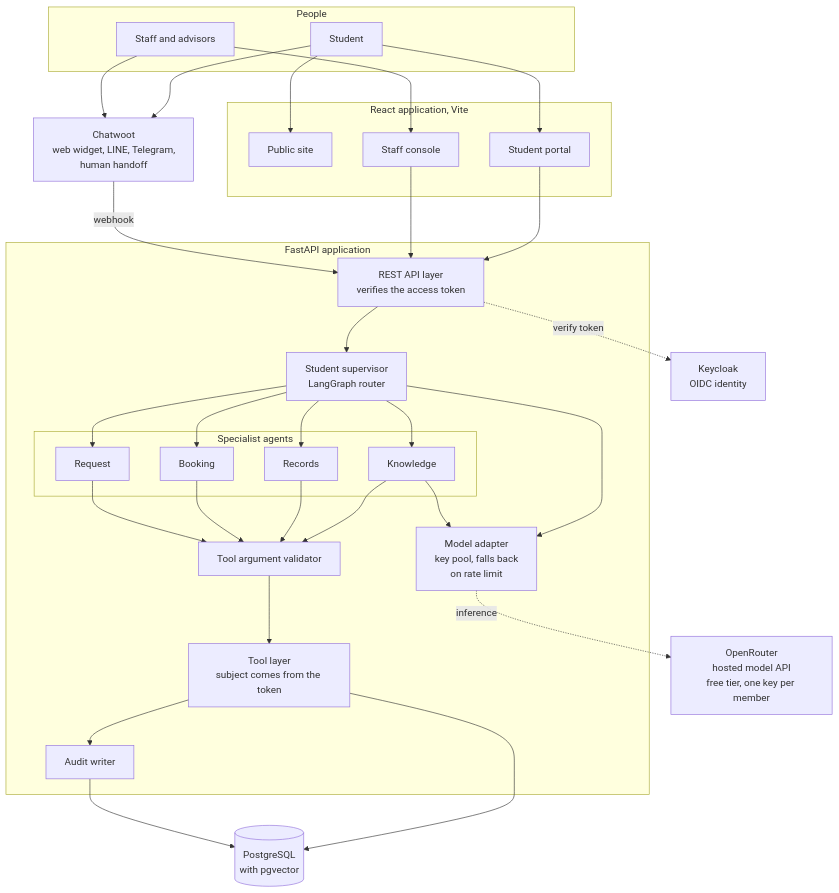
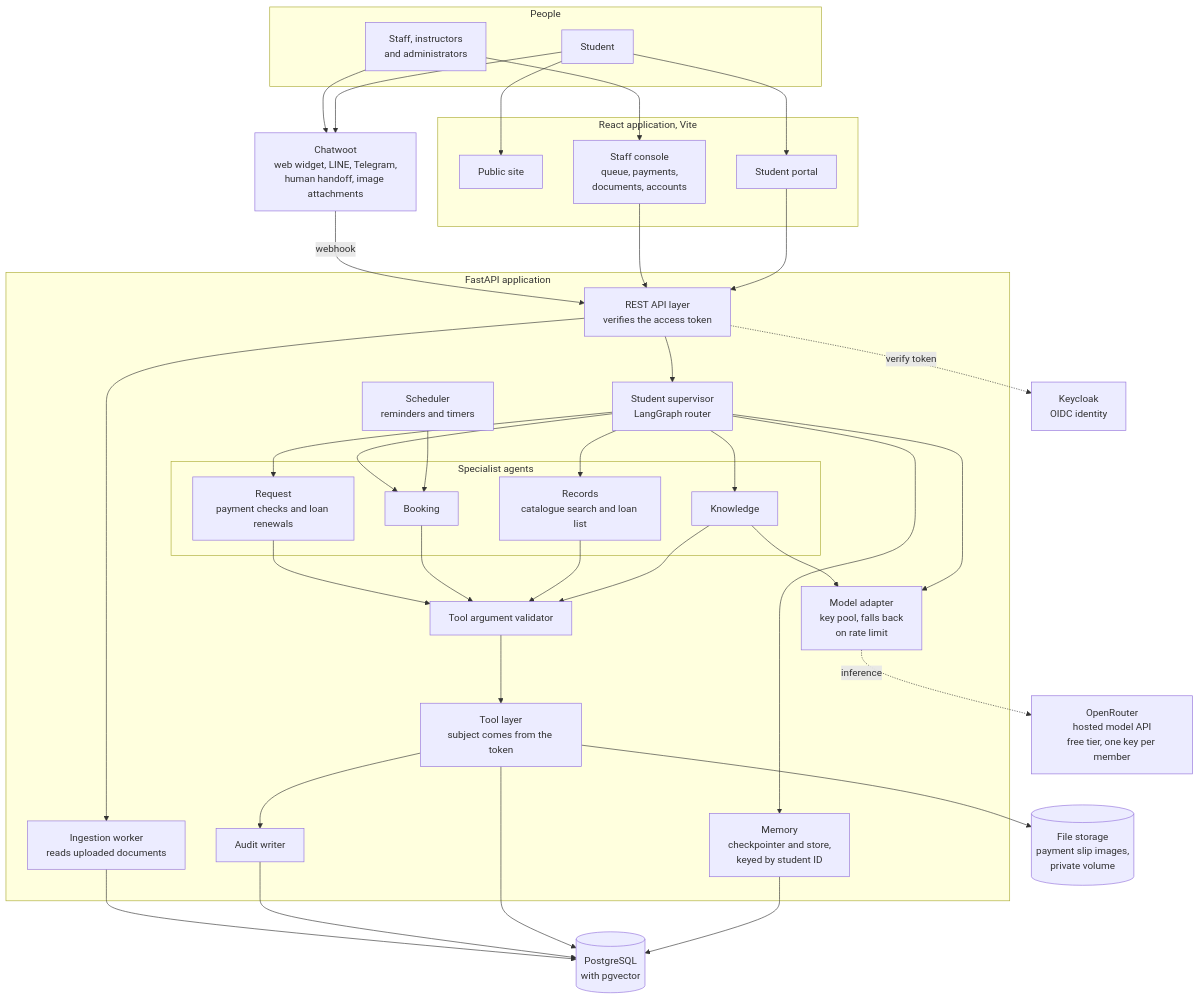
Before and after one commit to SaiWaiYanLynn/smart-university-website: the first of 3 diagrams in design/diagrams/diagrams-source.md, drawn with Mermaid. The commit also changed other lines of this file and 9 other files, not shown here.

Commit message:
Update diagrams for library search, payment slips, memory and loan renewal

````diff
--- a/design/diagrams/diagrams-source.md
+++ b/design/diagrams/diagrams-source.md
@@ -16,66 +16,77 @@
 ```mermaid
 flowchart TB
   subgraph Users["People"]
     STU["Student"]
-    STF["Staff and advisors"]
+    STF["Staff, instructors<br/>and administrators"]
   end
 
   subgraph Frontend["React application, Vite"]
     PUB["Public site"]
     POR["Student portal"]
-    CON["Staff console"]
+    CON["Staff console<br/>queue, payments,<br/>documents, accounts"]
   end
 
-  CWT["Chatwoot<br/>web widget, LINE, Telegram,<br/>human handoff"]
+  CWT["Chatwoot<br/>web widget, LINE, Telegram,<br/>human handoff, image attachments"]
 
   subgraph API["FastAPI application"]
     REST["REST API layer<br/>verifies the access token"]
     SUP["Student supervisor<br/>LangGraph router"]
+    MEM["Memory<br/>checkpointer and store,<br/>keyed by student ID"]
+    SCH["Scheduler<br/>reminders and timers"]
     subgraph AG["Specialist agents"]
       K["Knowledge"]
-      R["Records"]
+      R["Records<br/>catalogue search and loan list"]
       B["Booking"]
-      Q["Request"]
+      Q["Request<br/>payment checks and loan renewals"]
     end
     VAL["Tool argument validator"]
     TOOL["Tool layer<br/>subject comes from the token"]
     AUD["Audit writer"]
+    ING["Ingestion worker<br/>reads uploaded documents"]
     LLM["Model adapter<br/>key pool, falls back<br/>on rate limit"]
   end
 
   PG[("PostgreSQL<br/>with pgvector")]
+  FS[("File storage<br/>payment slip images,<br/>private volume")]
   KC["Keycloak<br/>OIDC identity"]
   OR["OpenRouter<br/>hosted model API<br/>free tier, one key per member"]
 
   STU --> PUB
   STU --> POR
   STU --> CWT
   STF --> CON
   STF --> CWT
 
   POR --> REST
   CON --> REST
   CWT -- webhook --> REST
 
   REST --> SUP
   REST -. verify token .-> KC
+  REST --> ING
+
+  SUP --> MEM
+  MEM --> PG
+  SCH --> B
 
   SUP --> K
   SUP --> R
   SUP --> B
   SUP --> Q
 
   K --> VAL
   R --> VAL
   B --> VAL
   Q --> VAL
 
   VAL --> TOOL
   TOOL --> PG
+  TOOL --> FS
   TOOL --> AUD
   AUD --> PG
+  ING --> PG
 
   SUP --> LLM
   K --> LLM
   LLM -. inference .-> OR
 ```
````
